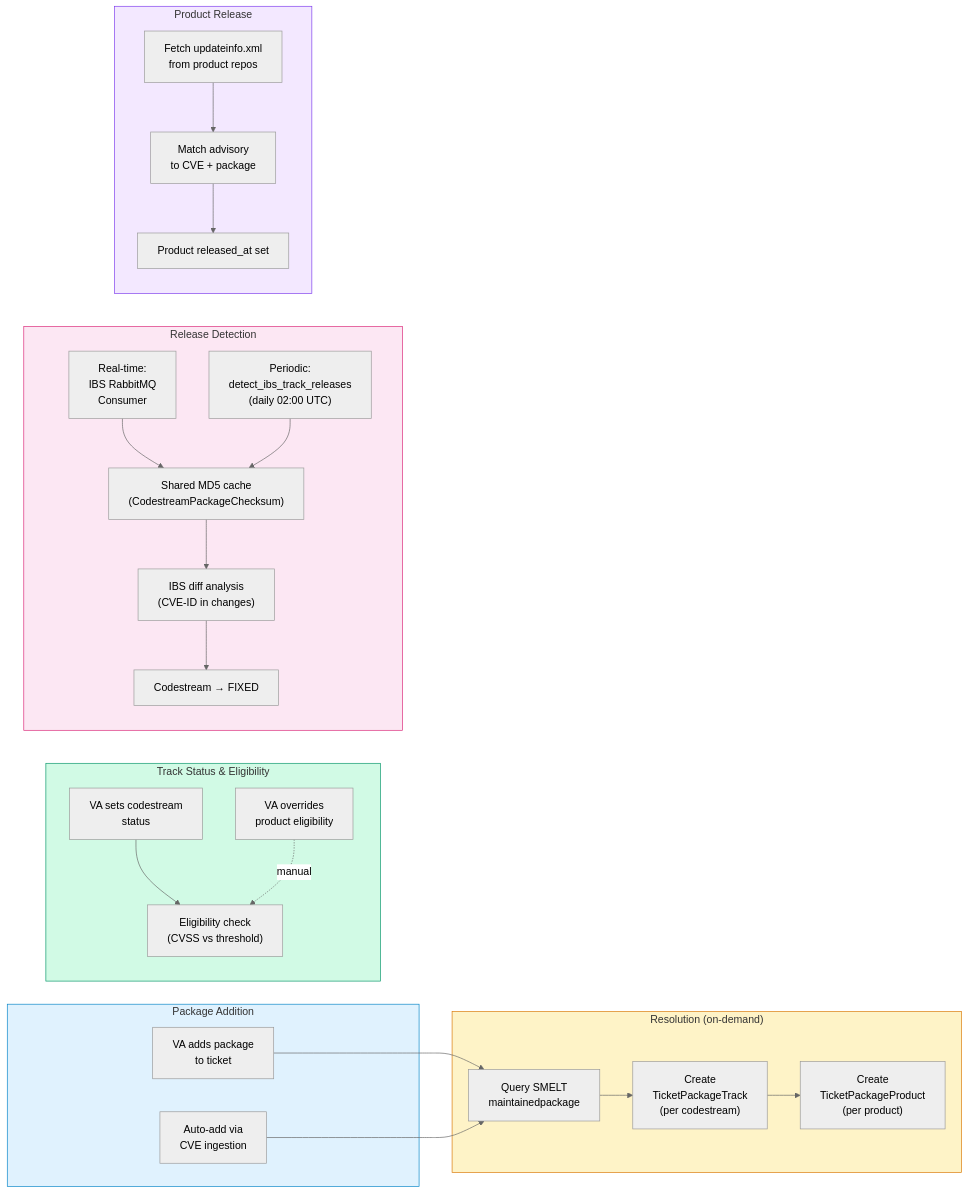
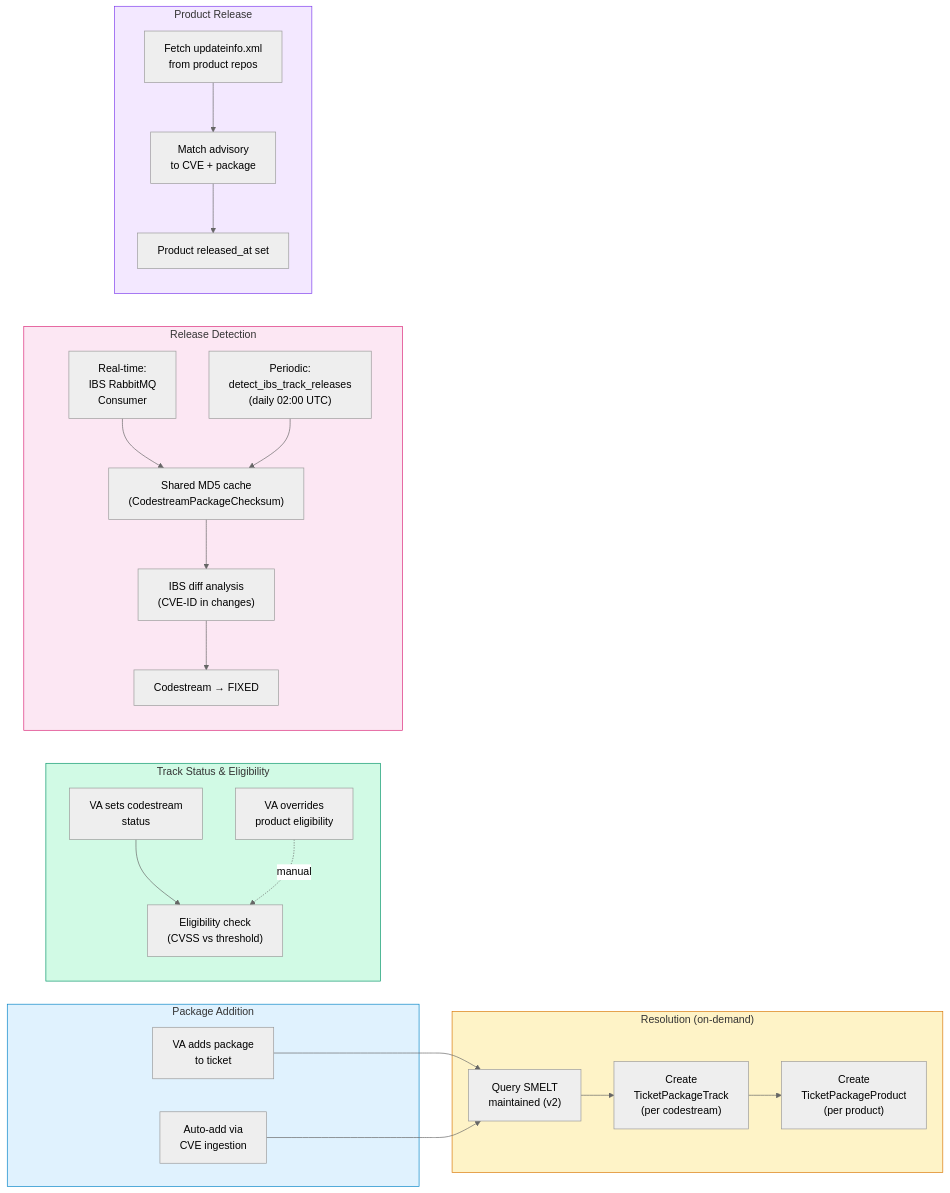
One commit to StayPirate/STAMP changed the fourth of 7 diagrams in docs/system-map.md. Above: the diagram before and after it, drawn with Mermaid (neutral theme). The commit also changed other lines of this file and 33 other files, not shown here.

````diff
--- a/docs/system-map.md
+++ b/docs/system-map.md
@@ -485,54 +490,54 @@
 ```mermaid
 flowchart LR
     subgraph add_pkg["Package Addition"]
         VA_ADD["VA adds package<br/>to ticket"]
         CPE_MATCH["Auto-add via<br/>CVE ingestion"]
     end
 
     subgraph resolve["Resolution (on-demand)"]
-        SMELT_Q["Query SMELT<br/>maintainedpackage"]
+        SMELT_Q["Query SMELT<br/>maintained (v2)"]
         CREATE_CS["Create<br/>TicketPackageTrack<br/>(per codestream)"]
         CREATE_PR["Create<br/>TicketPackageProduct<br/>(per product)"]
     end
 
     subgraph status["Track Status & Eligibility"]
         VA_SET["VA sets codestream<br/>status"]
         ELIG["Eligibility check<br/>(CVSS vs threshold)"]
         ELIG_OVR["VA overrides<br/>product eligibility"]
     end
 
     subgraph release["Release Detection"]
         direction TB
         RT["Real-time:<br/>IBS RabbitMQ<br/>Consumer"]
         PERIODIC["Periodic:<br/>detect_ibs_track_releases<br/>(daily 02:00 UTC)"]
         MD5["Shared MD5 cache<br/>(CodestreamPackageChecksum)"]
         DIFF["IBS diff analysis<br/>(CVE-ID in changes)"]
         CS_REL["Codestream → FIXED"]
 
         RT --> MD5
         PERIODIC --> MD5
         MD5 --> DIFF
         DIFF --> CS_REL
     end
 
     subgraph prod_release["Product Release"]
         UINFO["Fetch updateinfo.xml<br/>from product repos"]
         MATCH["Match advisory<br/>to CVE + package"]
         PR_REL["Product released_at set"]
 
         UINFO --> MATCH --> PR_REL
     end
 
     VA_ADD --> SMELT_Q
     CPE_MATCH --> SMELT_Q
     SMELT_Q --> CREATE_CS --> CREATE_PR
 
     VA_SET --> ELIG
     ELIG_OVR -.->|manual| ELIG
 
     style add_pkg fill:#e0f2fe,stroke:#0284c7
     style resolve fill:#fef3c7,stroke:#d97706
     style status fill:#d1fae5,stroke:#059669
     style release fill:#fce7f3,stroke:#db2777
     style prod_release fill:#f3e8ff,stroke:#7c3aed
 ```
````
